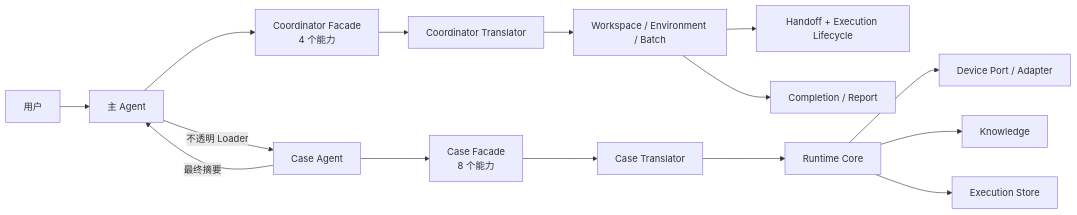
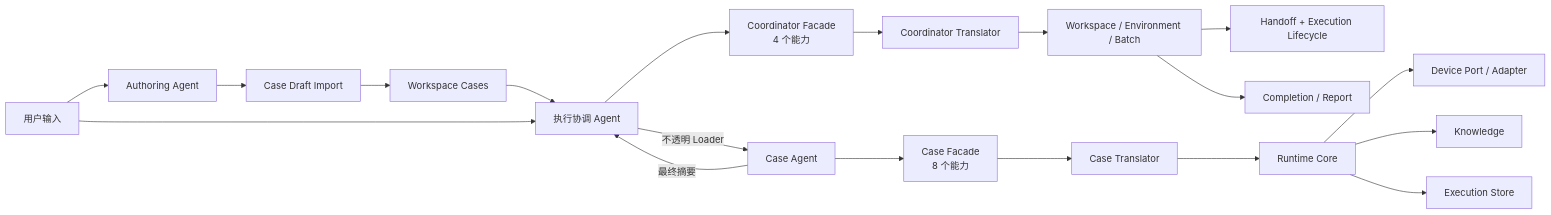
The first of 2 diagrams in skills/mobile-ai-visual-test/docs/architecture.md (lianghuihui-plus/DevKit), drawn with Mermaid before and after one commit. The commit also changed other lines of this file and 22 other files, not shown here.

Commit message:
feat(mavt): support agent-authored case imports

````diff
--- a/skills/mobile-ai-visual-test/docs/architecture.md
+++ b/skills/mobile-ai-visual-test/docs/architecture.md
@@ -19,17 +20,21 @@
 ```mermaid
 flowchart LR
-  U["用户"] --> M["主 Agent"]
+  U["用户输入"] --> AU["Authoring Agent"]
+  AU --> AI["Case Draft Import"]
+  AI --> C["Workspace Cases"]
+  U --> M["执行协调 Agent"]
+  C --> M
   M --> CF["Coordinator Facade<br/>4 个能力"]
   CF --> CT["Coordinator Translator"]
   CT --> B["Workspace / Environment / Batch"]
   B --> L["Handoff + Execution Lifecycle"]
   M -->|"不透明 Loader"| A["Case Agent"]
   A --> AF["Case Facade<br/>8 个能力"]
   AF --> AT["Case Translator"]
   AT --> R["Runtime Core"]
   R --> D["Device Port / Adapter"]
   R --> K["Knowledge"]
   R --> S["Execution Store"]
   A -->|"最终摘要"| M
   B --> P["Completion / Report"]
 ```
````
